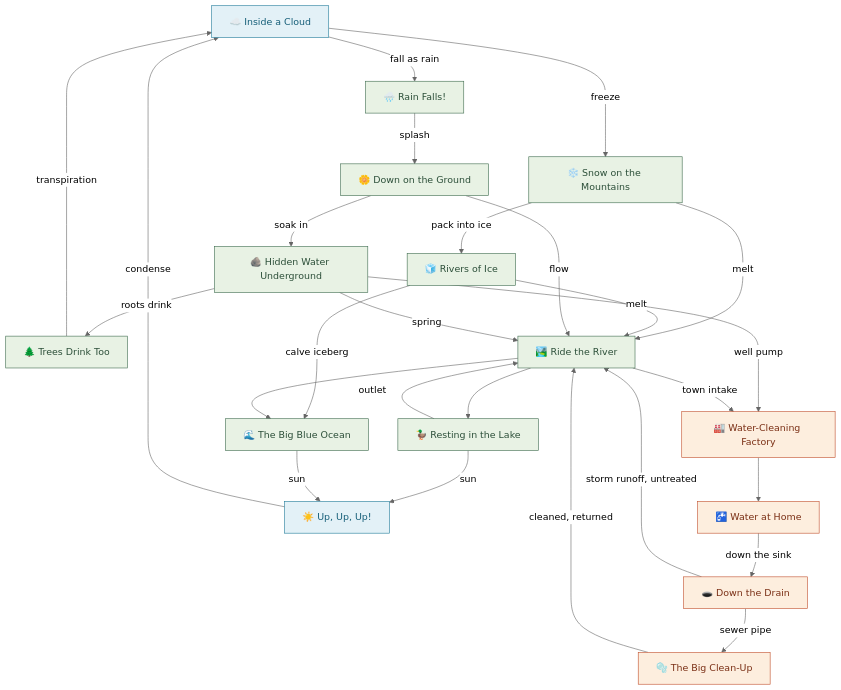
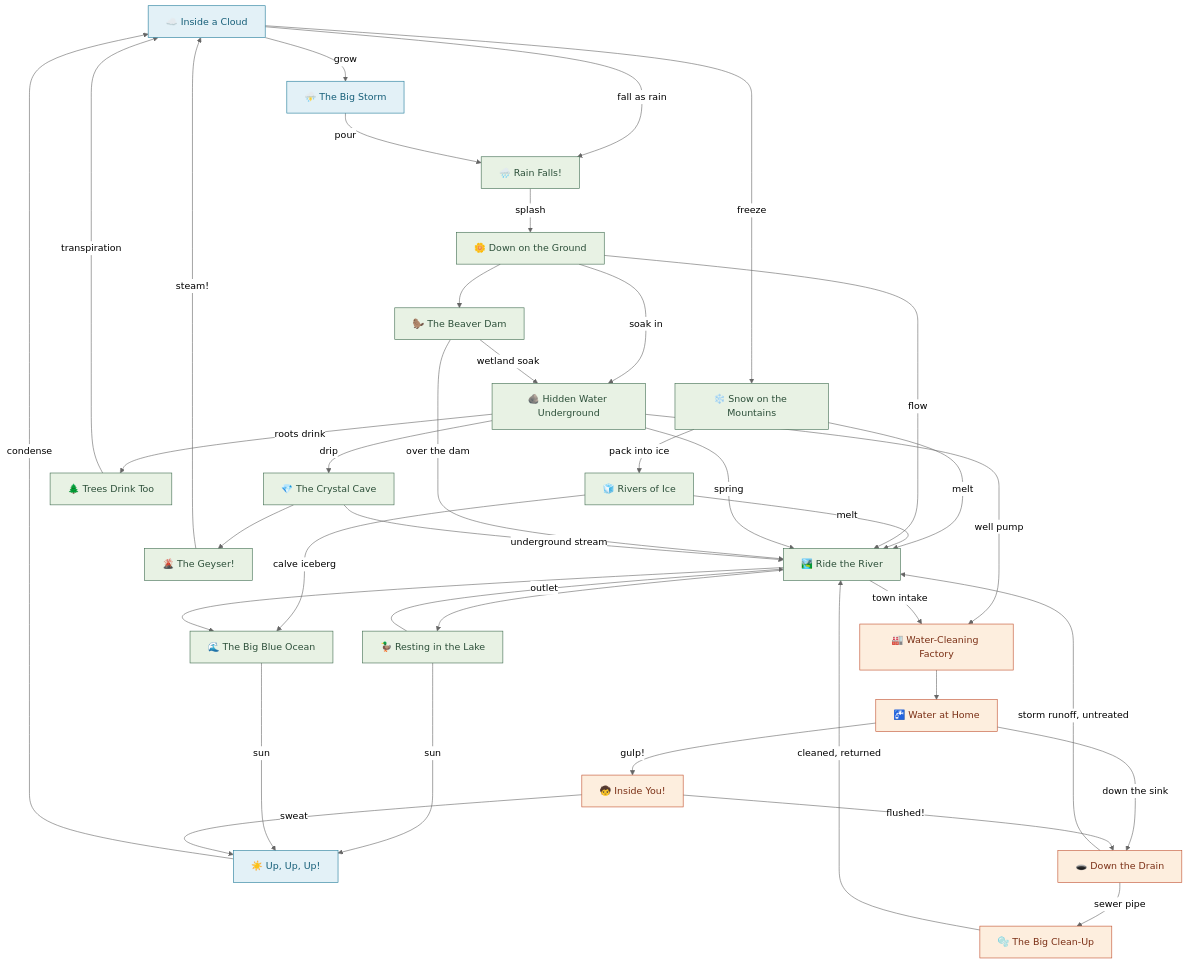
Before and after one commit to Maninae/follow-the-drop: the diagram in README.md, drawn with Mermaid (neutral theme). The commit also changed other lines of this file and 17 other files, not shown here.

````diff
--- a/README.md
+++ b/README.md
@@ -34,52 +42,69 @@
 ```mermaid
 flowchart TD
     cloud["☁️ Inside a Cloud"]
     rain["🌧️ Rain Falls!"]
     snow["❄️ Snow on the Mountains"]
     glacier["🧊 Rivers of Ice"]
     meadow["🌼 Down on the Ground"]
     groundwater["🪨 Hidden Water Underground"]
     trees["🌲 Trees Drink Too"]
     river["🏞️ Ride the River"]
     lake["🦆 Resting in the Lake"]
     ocean["🌊 The Big Blue Ocean"]
     evaporation["☀️ Up, Up, Up!"]
     treatment["🏭 Water-Cleaning Factory"]
     tap["🚰 Water at Home"]
     drain["🕳️ Down the Drain"]
     wastewater["🫧 The Big Clean-Up"]
+    thunderstorm["⛈️ The Big Storm"]
+    beaver["🦫 The Beaver Dam"]
+    cave["💎 The Crystal Cave"]
+    geyser["🌋 The Geyser!"]
+    you["🧒 Inside You!"]
 
     cloud -->|fall as rain| rain
     cloud -->|freeze| snow
     rain -->|splash| meadow
     snow -->|pack into ice| glacier
     snow -->|melt| river
     glacier -->|melt| river
     glacier -->|calve iceberg| ocean
     meadow -->|soak in| groundwater
     meadow -->|flow| river
     groundwater -->|roots drink| trees
     groundwater -->|spring| river
     groundwater -->|well pump| treatment
     trees -->|transpiration| cloud
     river --> lake
     river --> ocean
     river -->|town intake| treatment
     lake -->|sun| evaporation
     lake -->|outlet| river
     ocean -->|sun| evaporation
     evaporation -->|condense| cloud
     treatment --> tap
     tap -->|down the sink| drain
+    tap -->|gulp!| you
+    you -->|sweat| evaporation
+    you -->|flushed!| drain
     drain -->|sewer pipe| wastewater
     drain -->|storm runoff, untreated| river
     wastewater -->|cleaned, returned| river
+    cloud -->|grow| thunderstorm
+    thunderstorm -->|pour| rain
+    meadow --> beaver
+    beaver -->|over the dam| river
+    beaver -->|wetland soak| groundwater
+    groundwater -->|drip| cave
+    cave --> geyser
+    cave -->|underground stream| river
+    geyser -->|steam!| cloud
 
     classDef nature fill:#e8f2e4,stroke:#3e6b4e,color:#2c4f39
     classDef human fill:#fdeede,stroke:#c14f2c,color:#7a2f15
     classDef sky fill:#e3f1f7,stroke:#1f7a99,color:#155e78
 
-    class rain,snow,glacier,meadow,groundwater,trees,river,lake,ocean nature
-    class treatment,tap,drain,wastewater human
-    class cloud,evaporation sky
+    class rain,snow,glacier,meadow,groundwater,trees,river,lake,ocean,beaver,cave,geyser nature
+    class treatment,tap,drain,wastewater,you human
+    class cloud,evaporation,thunderstorm sky
 ```
````
